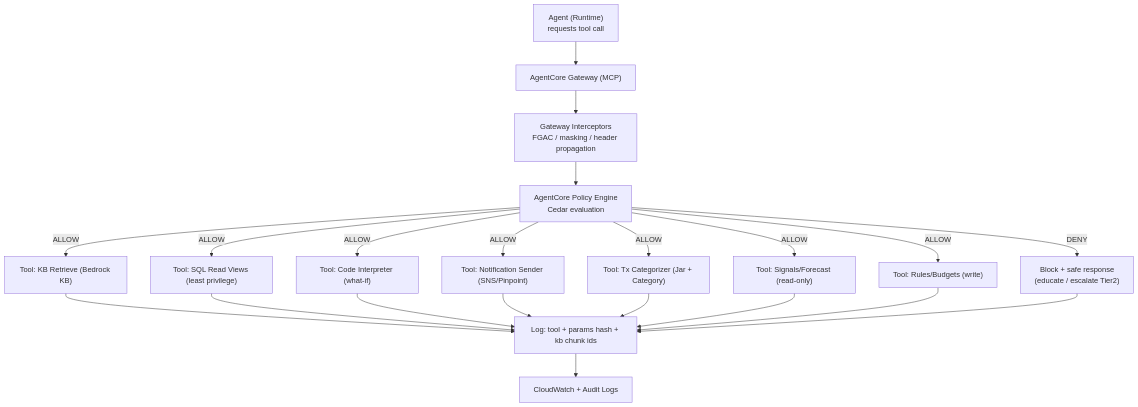
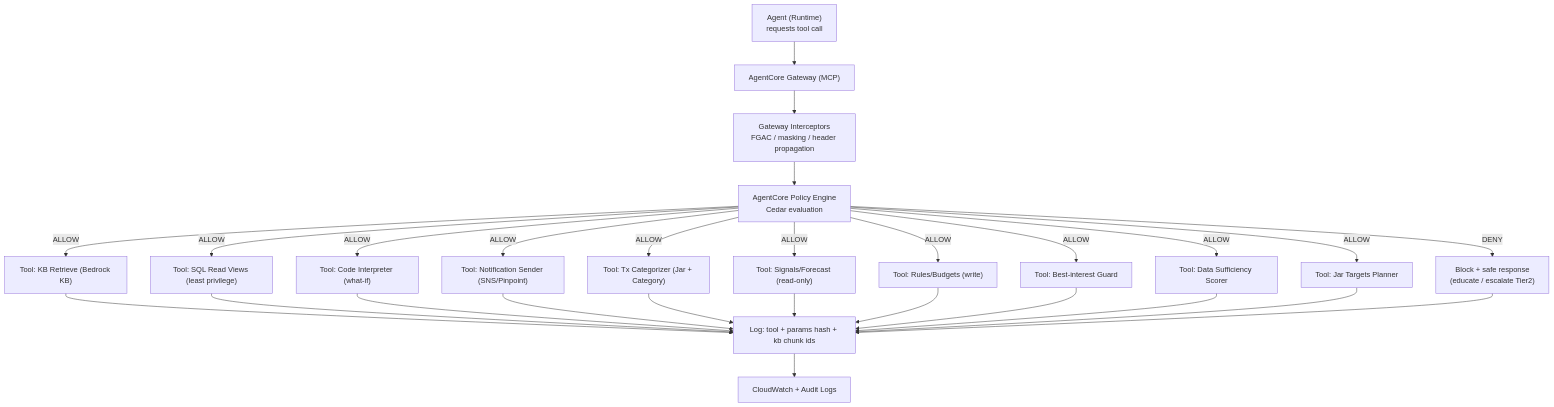
One commit to thphuc06/swin_hackathon changed the eighth of 9 diagrams in PROJECT_STACK.md. Above: the diagram before and after it, drawn with Mermaid. The commit also changed other lines of this file and 1 other file, not shown here.

Commit message:
add some info to match business report + some improvement in logic planner

````diff
--- a/PROJECT_STACK.md
+++ b/PROJECT_STACK.md
@@ -659,26 +874,32 @@
 ```mermaid
 flowchart TD
   A["Agent (Runtime)<br/>requests tool call"] --> GW["AgentCore Gateway (MCP)"]
   GW --> INT["Gateway Interceptors<br/>FGAC / masking / header propagation"]
   INT --> P["AgentCore Policy Engine<br/>Cedar evaluation"]
 
   P -->|ALLOW| T0["Tool: KB Retrieve (Bedrock KB)"]
   P -->|ALLOW| T1["Tool: SQL Read Views (least privilege)"]
   P -->|ALLOW| T2["Tool: Code Interpreter (what-if)"]
   P -->|ALLOW| T3["Tool: Notification Sender (SNS/Pinpoint)"]
   P -->|ALLOW| T4["Tool: Tx Categorizer (Jar + Category)"]
   P -->|ALLOW| T5["Tool: Signals/Forecast (read-only)"]
   P -->|ALLOW| T6["Tool: Rules/Budgets (write)"]
+  P -->|ALLOW| T7["Tool: Best-interest Guard"]
+  P -->|ALLOW| T8["Tool: Data Sufficiency Scorer"]
+  P -->|ALLOW| T9["Tool: Jar Targets Planner"]
 
   P -->|DENY| D["Block + safe response<br/>(educate / escalate Tier2)"]
 
   T0 --> L["Log: tool + params hash + kb chunk ids"]
   T1 --> L
   T2 --> L
   T3 --> L
   T4 --> L
   T5 --> L
   T6 --> L
+  T7 --> L
+  T8 --> L
+  T9 --> L
   D --> L
   L --> CW["CloudWatch + Audit Logs"]
 ```
````
